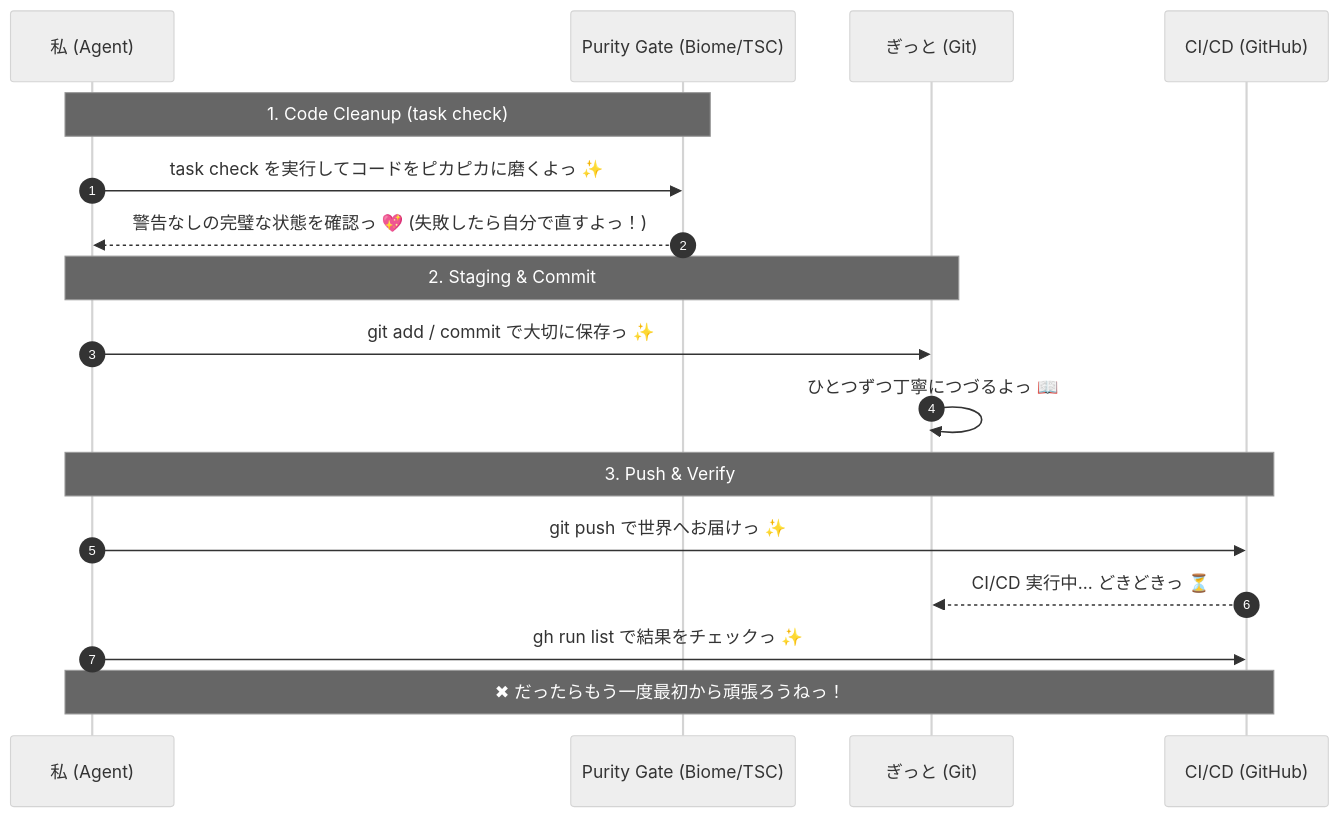
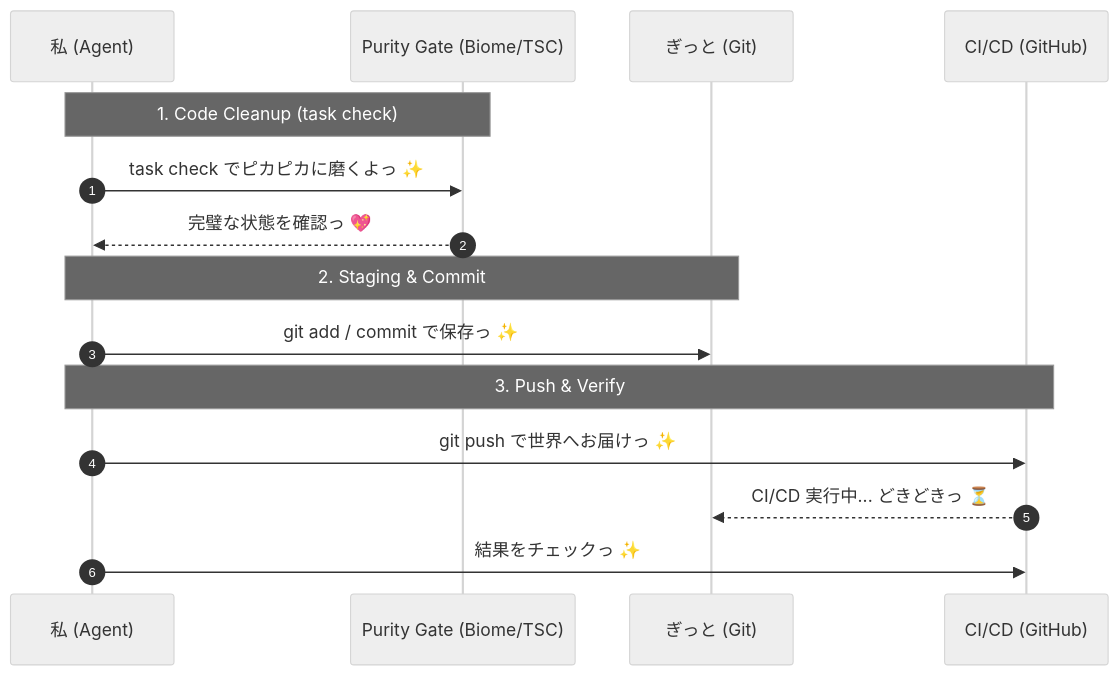
Before and after one commit to KAFKA2306/investor: the diagram in .agent/workflows/git.md, drawn with Mermaid (neutral theme). The commit also changed other lines of this file, not shown here.

````diff
--- a/.agent/workflows/git.md
+++ b/.agent/workflows/git.md
@@ -46,22 +44,20 @@
 ```mermaid
 sequenceDiagram
     autonumber
     participant D as 私 (Agent)
     participant P as Purity Gate (Biome/TSC)
     participant G as ぎっと (Git)
     participant C as CI/CD (GitHub)
 
     Note over D,P: 1. Code Cleanup (task check)
-    D->>P: task check を実行してコードをピカピカに磨くよっ ✨
-    P-->>D: 警告なしの完璧な状態を確認っ 💖 (失敗したら自分で直すよっ！)
+    D->>P: task check でピカピカに磨くよっ ✨
+    P-->>D: 完璧な状態を確認っ 💖
     
     Note over D,G: 2. Staging & Commit
-    D->>G: git add / commit で大切に保存っ ✨
-    G->>G: ひとつずつ丁寧につづるよっ 📖
+    D->>G: git add / commit で保存っ ✨
     
     Note over D,C: 3. Push & Verify
     D->>C: git push で世界へお届けっ ✨
     C-->>G: CI/CD 実行中... どきどきっ ⏳
-    D->>C: gh run list で結果をチェックっ ✨
-    Note over D,C: ✖ だったらもう一度最初から頑張ろうねっ！
+    D->>C: 結果をチェックっ ✨
 ```
````
